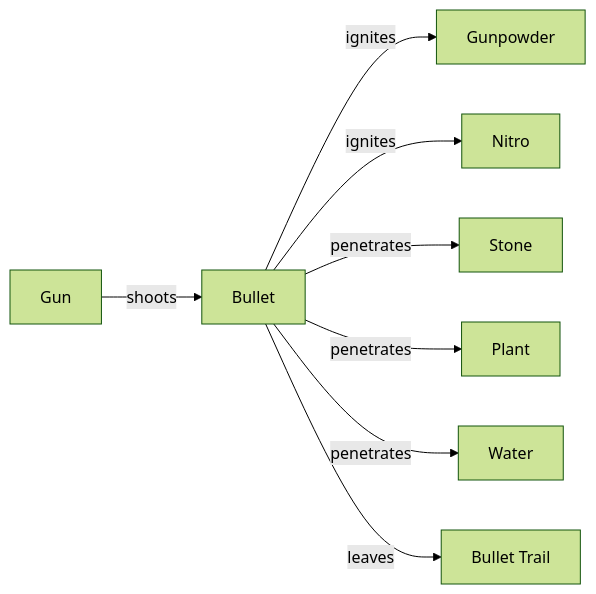
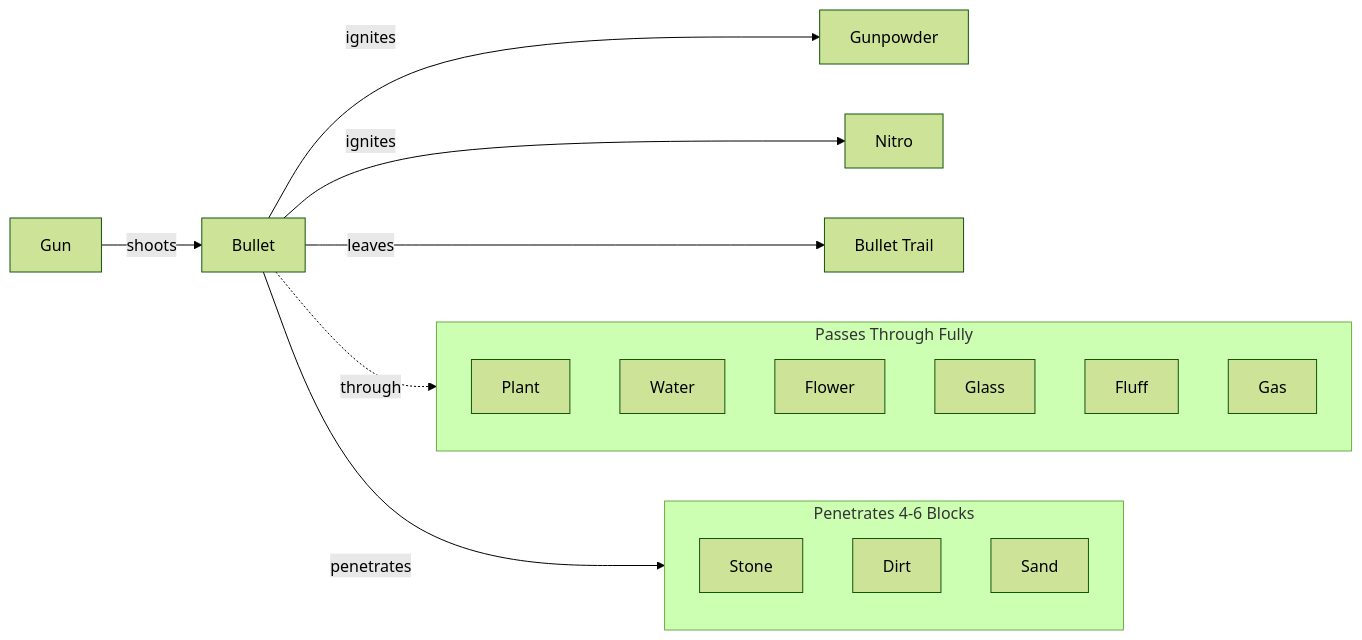
One commit to VoX/ai-sand-fork changed the fifth of 5 diagrams in README.md. Above: the diagram before and after it, drawn with Mermaid (forest theme). The commit also changed other lines of this file and 4 other files, not shown here.

Commit message:
Expand bullet penetration: pass through flower/glass/fluff/gas, penetrate dirt/sand like stone

````diff
--- a/README.md
+++ b/README.md
@@ -197,10 +198,25 @@
 ```mermaid
 flowchart LR
     Gun[Gun] -->|shoots| Bullet[Bullet]
     Bullet -->|ignites| Gunpowder[Gunpowder]
     Bullet -->|ignites| Nitro[Nitro]
-    Bullet -->|penetrates| Stone[Stone]
-    Bullet -->|penetrates| Plant[Plant]
-    Bullet -->|penetrates| Water[Water]
+
+    subgraph PassThrough[Passes Through Fully]
+        Plant[Plant]
+        Water[Water]
+        Flower[Flower]
+        Glass[Glass]
+        Fluff[Fluff]
+        Gas[Gas]
+    end
+
+    subgraph Penetrates[Penetrates 4-6 Blocks]
+        Stone[Stone]
+        Dirt[Dirt]
+        Sand[Sand]
+    end
+
+    Bullet -.->|through| PassThrough
+    Bullet -->|penetrates| Penetrates
     Bullet -->|leaves| Trail[Bullet Trail]
 ```
````
